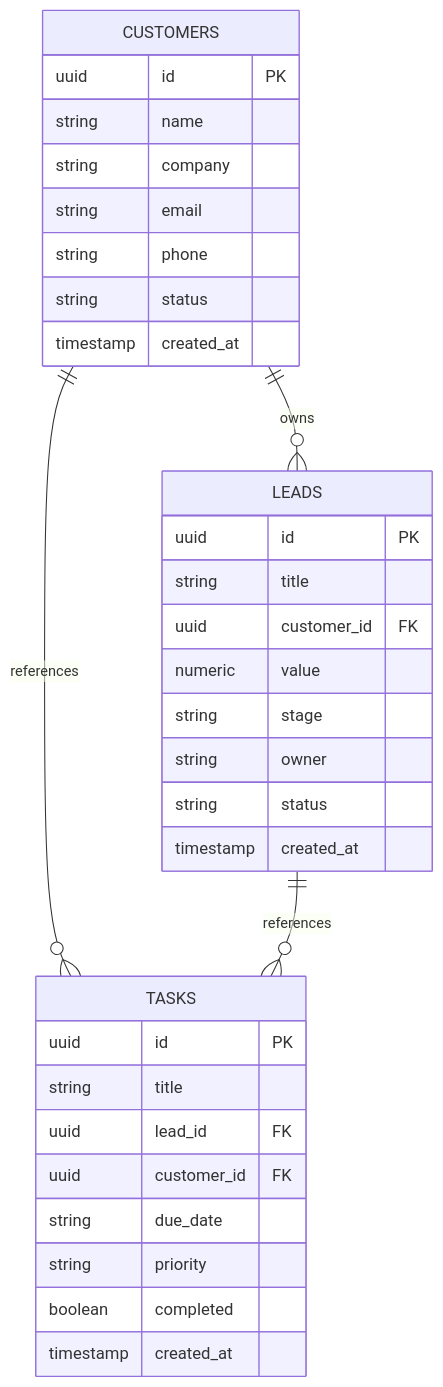
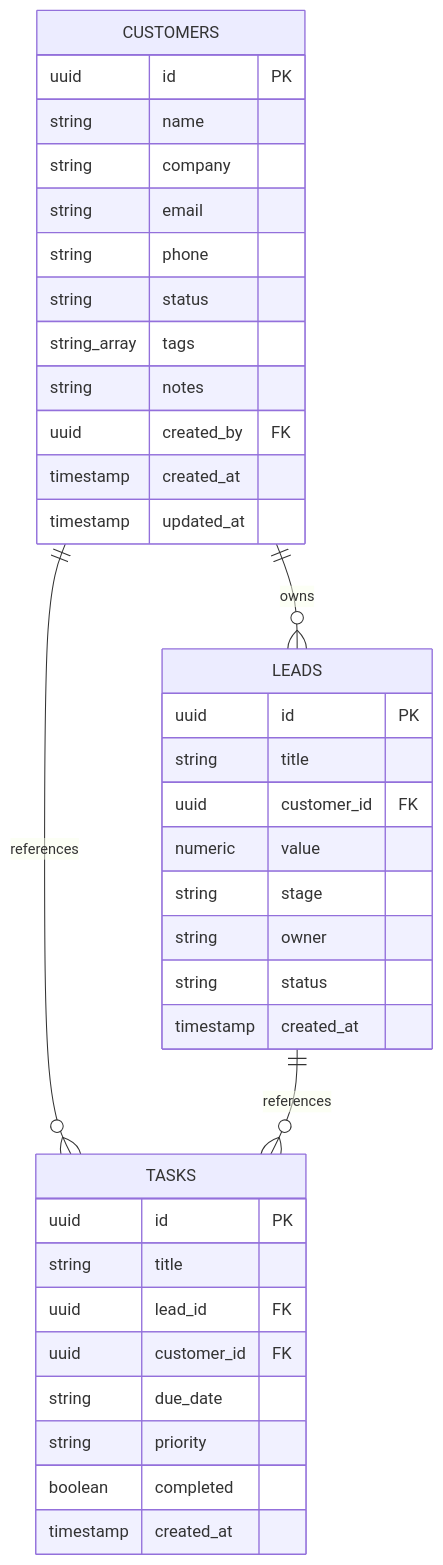
The third of 4 diagrams in README.md (nandakumar-nandu/NexusCRM), drawn with Mermaid before and after one commit. The commit also changed 9 other files, not shown here.

````diff
--- a/README.md
+++ b/README.md
@@ -59,36 +59,40 @@
 ```mermaid
 erDiagram
     CUSTOMERS ||--o{ LEADS : owns
     CUSTOMERS ||--o{ TASKS : references
     LEADS ||--o{ TASKS : references
     
     CUSTOMERS {
         uuid id PK
         string name
         string company
         string email
         string phone
         string status
+        string_array tags
+        string notes
+        uuid created_by FK
         timestamp created_at
+        timestamp updated_at
     }
     LEADS {
         uuid id PK
         string title
         uuid customer_id FK
         numeric value
         string stage
         string owner
         string status
         timestamp created_at
     }
     TASKS {
         uuid id PK
         string title
         uuid lead_id FK
         uuid customer_id FK
         string due_date
         string priority
         boolean completed
         timestamp created_at
     }
 ```
````
